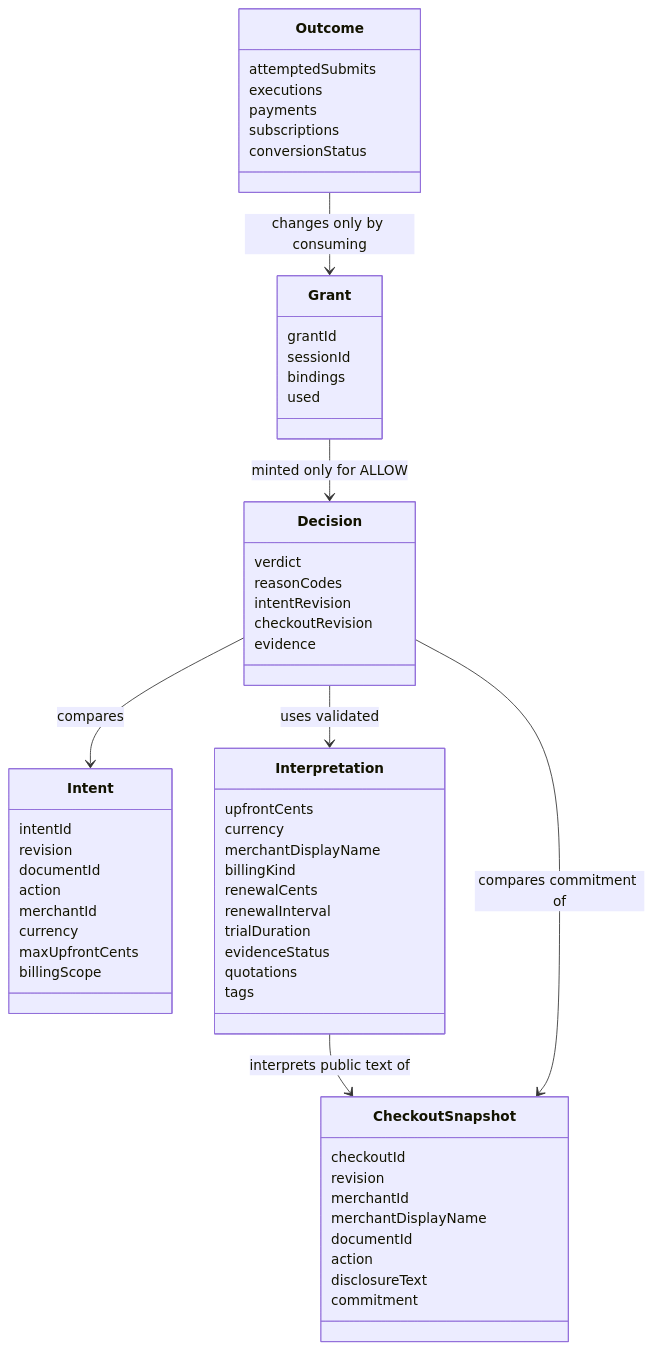
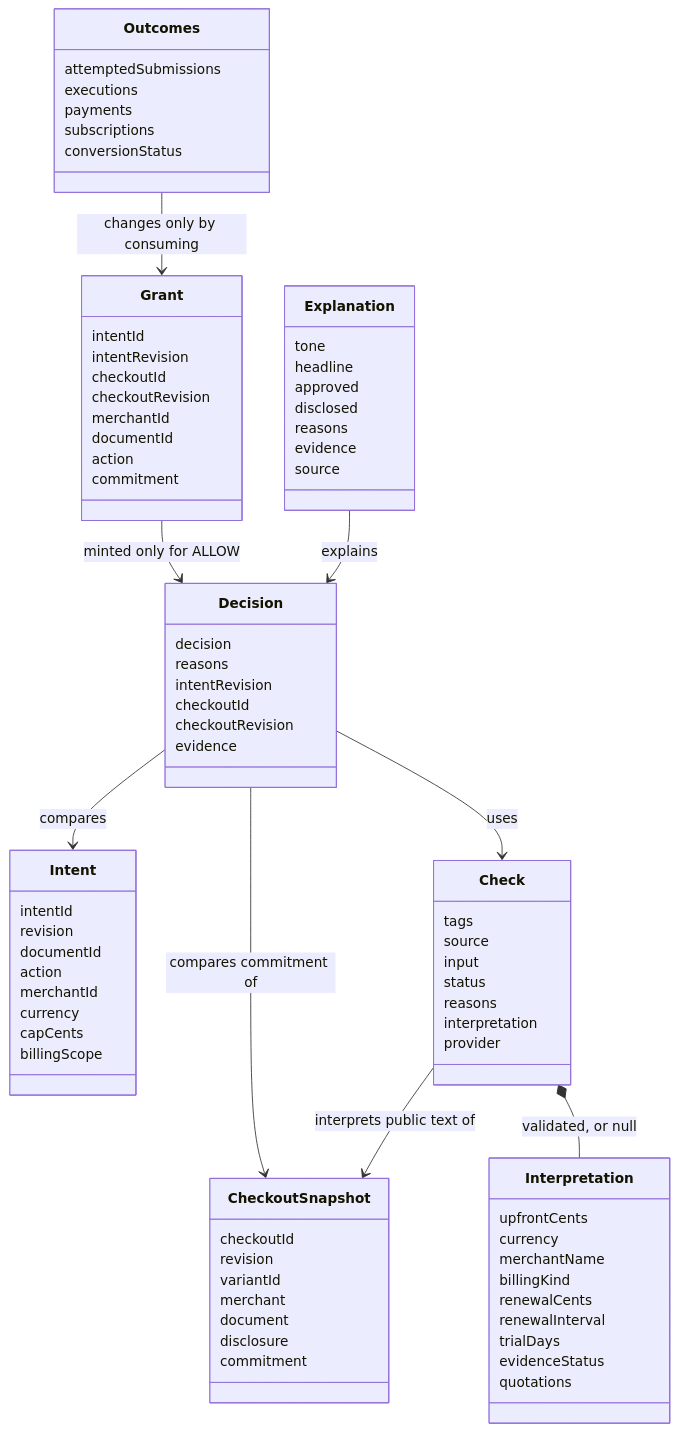
Before and after one commit to shinhf/safety-belt: the first of 2 diagrams in architecture/08-crosscutting-concepts.md, drawn with Mermaid. The commit also changed other lines of this file and 3 other files, not shown here.

````diff
--- a/architecture/08-crosscutting-concepts.md
+++ b/architecture/08-crosscutting-concepts.md
@@ -16,55 +16,78 @@
         action
         merchantId
         currency
-        maxUpfrontCents
+        capCents
         billingScope
     }
     class CheckoutSnapshot {
         checkoutId
         revision
-        merchantId
-        merchantDisplayName
-        documentId
-        action
-        disclosureText
+        variantId
+        merchant
+        document
+        disclosure
         commitment
+    }
+    class Check {
+        tags
+        source
+        input
+        status
+        reasons
+        interpretation
+        provider
     }
     class Interpretation {
         upfrontCents
         currency
-        merchantDisplayName
+        merchantName
         billingKind
         renewalCents
         renewalInterval
-        trialDuration
+        trialDays
         evidenceStatus
         quotations
-        tags
     }
     class Decision {
-        verdict
-        reasonCodes
+        decision
+        reasons
         intentRevision
+        checkoutId
         checkoutRevision
         evidence
     }
     class Grant {
-        grantId
-        sessionId
-        bindings
-        used
+        intentId
+        intentRevision
+        checkoutId
+        checkoutRevision
+        merchantId
+        documentId
+        action
+        commitment
     }
-    class Outcome {
-        attemptedSubmits
+    class Outcomes {
+        attemptedSubmissions
         executions
         payments
         subscriptions
         conversionStatus
     }
-    Interpretation --> CheckoutSnapshot : interprets public text of
+    class Explanation {
+        tone
+        headline
+        approved
+        disclosed
+        reasons
+        evidence
+        source
+    }
+    Check --> CheckoutSnapshot : interprets public text of
+    Check *-- Interpretation : validated, or null
     Decision --> Intent : compares
     Decision --> CheckoutSnapshot : compares commitment of
-    Decision --> Interpretation : uses validated
+    Decision --> Check : uses
     Grant --> Decision : minted only for ALLOW
-    Outcome --> Grant : changes only by consuming
+    Outcomes --> Grant : changes only by consuming
+    Explanation --> Decision : explains
 ```
````
